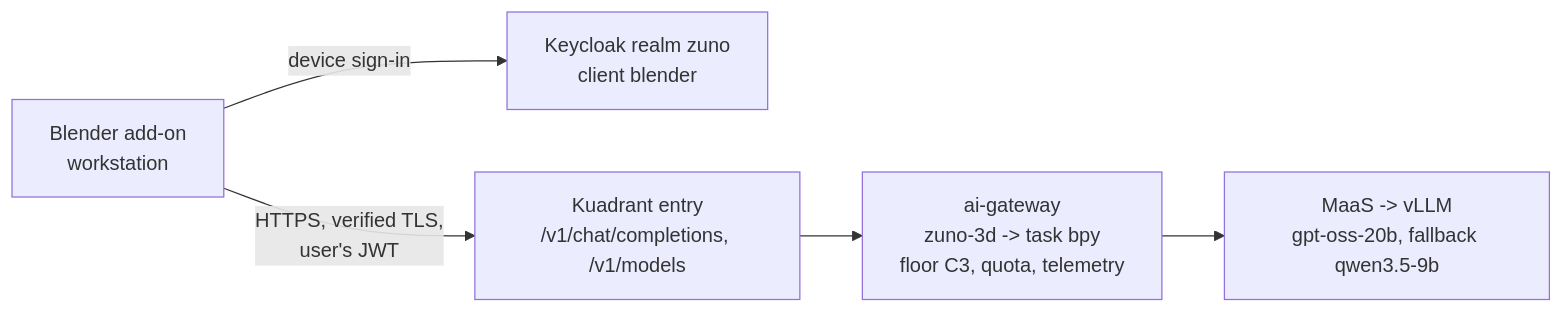
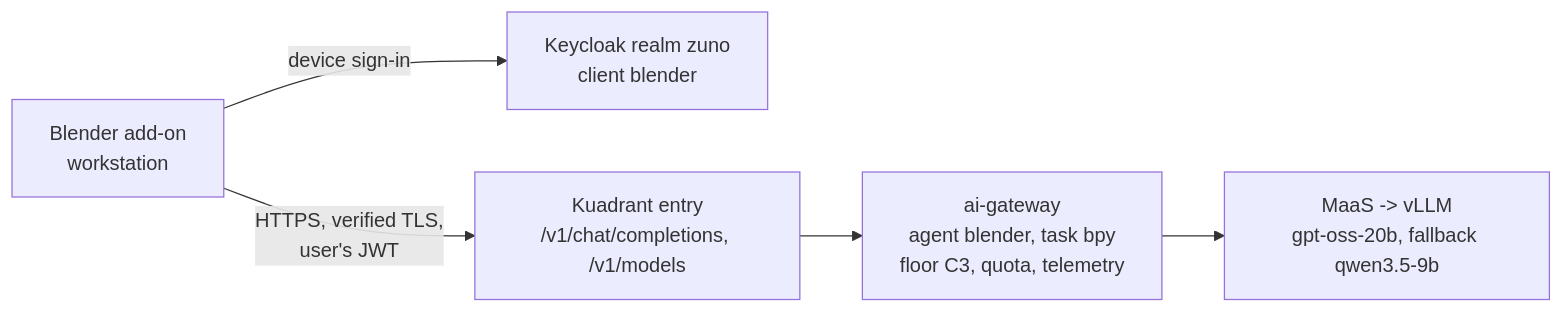
One commit to startxfr/zuno-demo changed the diagram in docs/demo/blender-3d.md. Above: the diagram before and after it, drawn with Mermaid. The commit also changed other lines of this file and 11 other files, not shown here.

First line of the commit message:
feat(wp-244): Blender workstation experience client - Keycloak device client, ai-gateway entry, C3 floor (ADR-0610)

````diff
--- a/docs/demo/blender-3d.md
+++ b/docs/demo/blender-3d.md
@@ -20,7 +21,7 @@
 ```mermaid
 flowchart LR
   B[Blender add-on<br/>workstation] -->|device sign-in| KC[Keycloak realm zuno<br/>client blender]
   B -->|HTTPS, verified TLS,<br/>user's JWT| KE[Kuadrant entry<br/>/v1/chat/completions, /v1/models]
-  KE --> GW[ai-gateway<br/>zuno-3d -> task bpy<br/>floor C3, quota, telemetry]
+  KE --> GW[ai-gateway<br/>agent blender, task bpy<br/>floor C3, quota, telemetry]
   GW --> M[MaaS -> vLLM<br/>gpt-oss-20b, fallback qwen3.5-9b]
 ```
````
